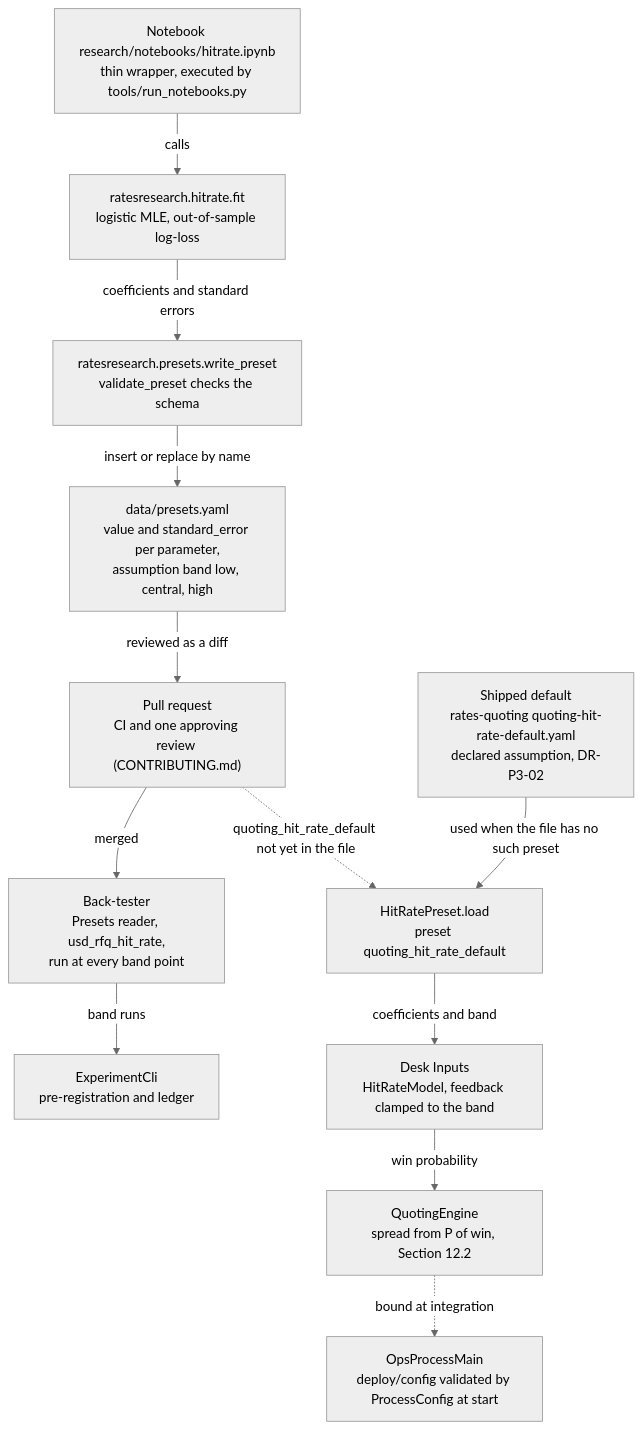
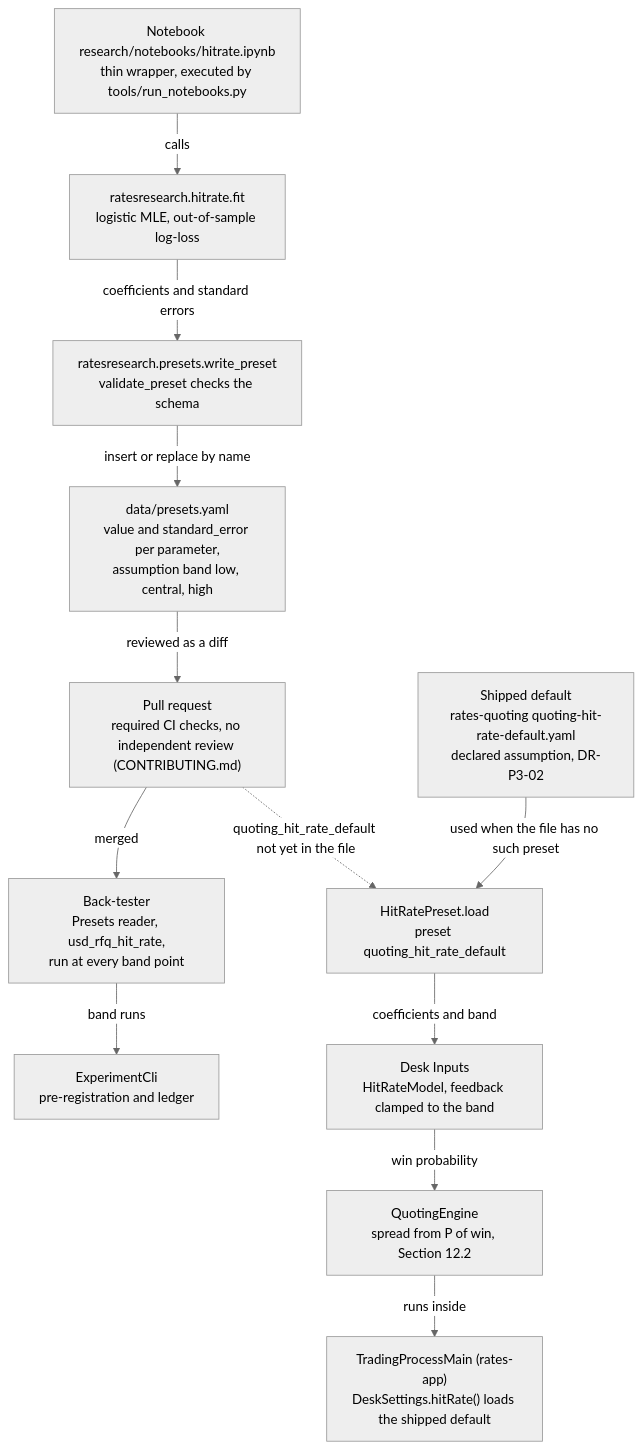
The diagram in docs/diagrams/research_to_production.mmd (AshJha0/rates-algo-trading), drawn with Mermaid (neutral theme) before and after one commit. The commit also changed 11 other files, not shown here.

```diff
--- a/docs/diagrams/research_to_production.mmd
+++ b/docs/diagrams/research_to_production.mmd
@@ -1,26 +1,26 @@
 %% Title: From a research fit to a parameter the quoting engine reads
 flowchart TD
   nb["Notebook research/notebooks/hitrate.ipynb<br/>thin wrapper, executed by tools/run_notebooks.py"]
   fit["ratesresearch.hitrate.fit<br/>logistic MLE, out-of-sample log-loss"]
   write["ratesresearch.presets.write_preset<br/>validate_preset checks the schema"]
   yaml["data/presets.yaml<br/>value and standard_error per parameter,<br/>assumption band low, central, high"]
-  pr["Pull request<br/>CI and one approving review (CONTRIBUTING.md)"]
+  pr["Pull request<br/>required CI checks, no independent review (CONTRIBUTING.md)"]
   bt["Back-tester<br/>Presets reader, usd_rfq_hit_rate,<br/>run at every band point"]
   exp["ExperimentCli<br/>pre-registration and ledger"]
   hrp["HitRatePreset.load<br/>preset quoting_hit_rate_default"]
   shipped["Shipped default<br/>rates-quoting quoting-hit-rate-default.yaml<br/>declared assumption, DR-P3-02"]
   desk["Desk Inputs<br/>HitRateModel, feedback clamped to the band"]
   qe["QuotingEngine<br/>spread from P of win, Section 12.2"]
-  proc["OpsProcessMain<br/>deploy/config validated by ProcessConfig at start"]
+  proc["TradingProcessMain (rates-app)<br/>DeskSettings.hitRate() loads the shipped default"]
 
   nb -->|calls| fit
   fit -->|coefficients and standard errors| write
   write -->|insert or replace by name| yaml
   yaml -->|reviewed as a diff| pr
   pr -->|merged| bt
   bt -->|band runs| exp
   pr -.->|"quoting_hit_rate_default not yet in the file"| hrp
   shipped -->|"used when the file has no such preset"| hrp
   hrp -->|coefficients and band| desk
   desk -->|win probability| qe
-  qe -.->|bound at integration| proc
+  qe -->|runs inside| proc
```
